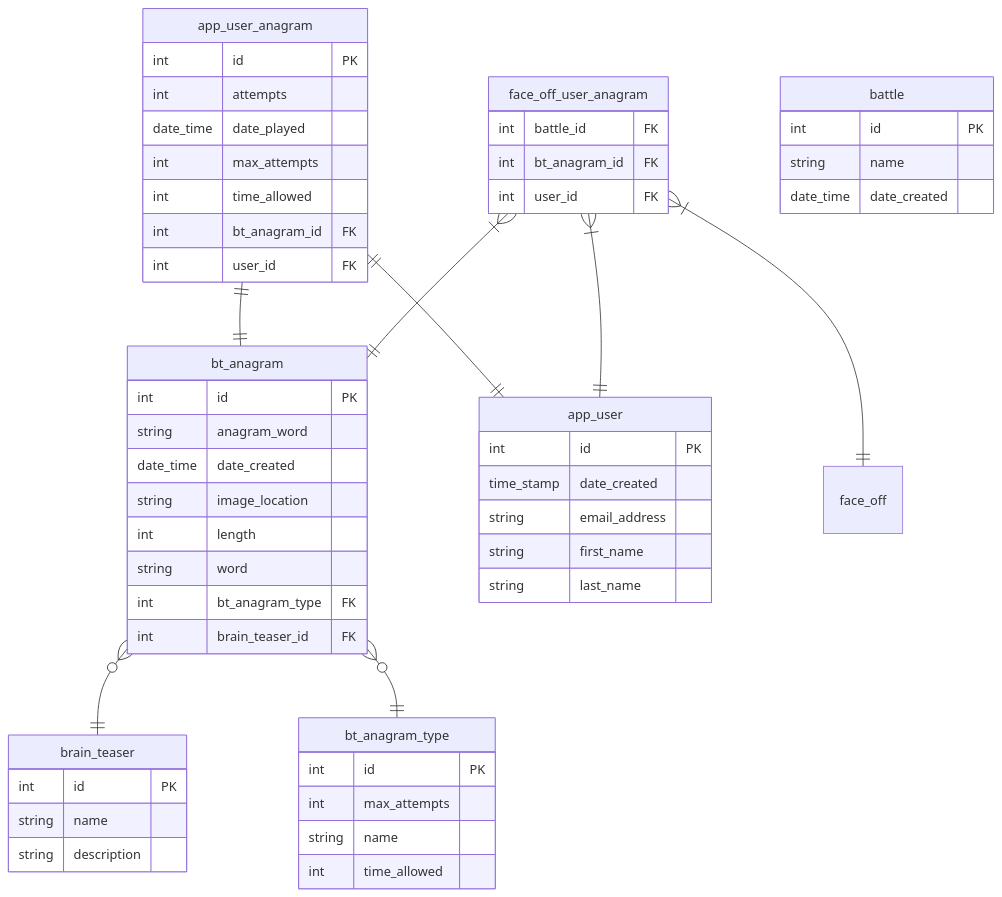
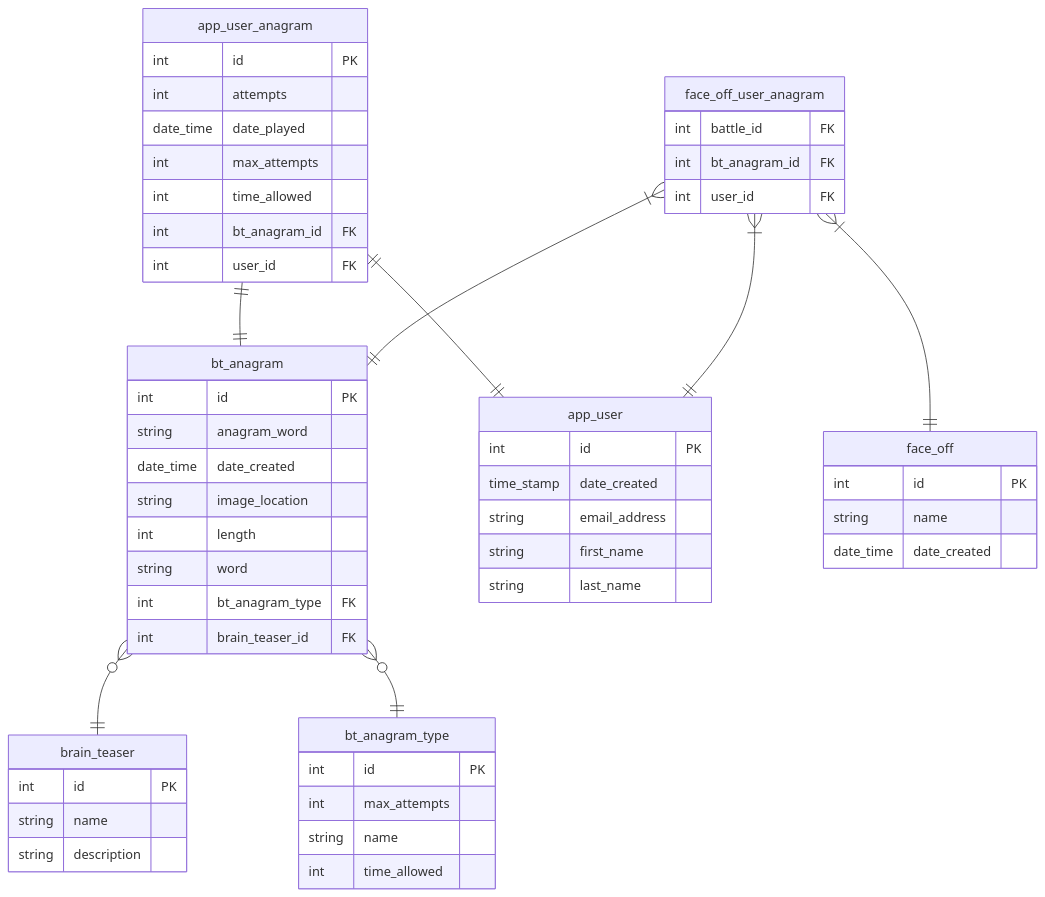
Before and after one commit to seanjamescurrie/bananagrams: the third of 3 diagrams in README.md, drawn with Mermaid.

Commit message:
Update battle to face_off in ERD

````diff
--- a/README.md
+++ b/README.md
@@ -149,68 +149,68 @@
 ```mermaid
 erDiagram
 
   bt_anagram }o--|| brain_teaser : ""  
   bt_anagram }o--|| bt_anagram_type : ""
   app_user_anagram ||--|| app_user : ""
   app_user_anagram ||--|| bt_anagram : ""
   face_off_user_anagram }|--|| face_off : ""
   face_off_user_anagram }|--|| bt_anagram : ""
   face_off_user_anagram }|--|| app_user : ""
   
   brain_teaser {
     int id PK
     string name
     string description
   }
   
   bt_anagram {
     int id PK
     string anagram_word
     date_time date_created
     string image_location
     int length
     string word
     int bt_anagram_type FK
     int brain_teaser_id FK
   }
   
   bt_anagram_type {
     int id PK
     int max_attempts
     string name
     int time_allowed
   }
   
   app_user_anagram {
     int id PK
     int attempts
     date_time date_played
     int max_attempts
     int time_allowed
     int bt_anagram_id FK
     int user_id FK
   }
   
-  battle {
+  face_off {
     int id PK
     string name
     date_time date_created
   }
   
   app_user {
     int id PK
     time_stamp date_created
     string email_address
     string first_name
     string last_name
   }
   
   face_off_user_anagram {
     int battle_id FK
     int bt_anagram_id FK
     int user_id FK
   }
   
   
 
 ```
````
